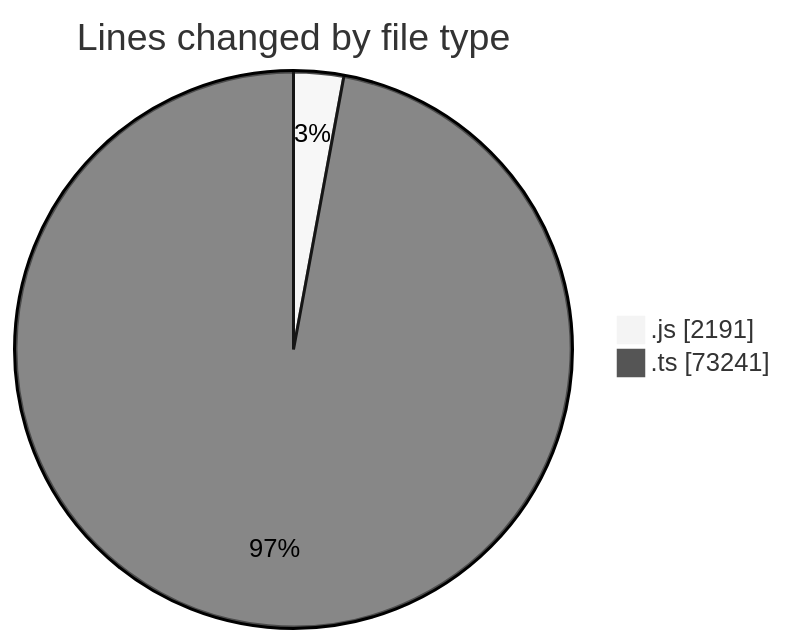
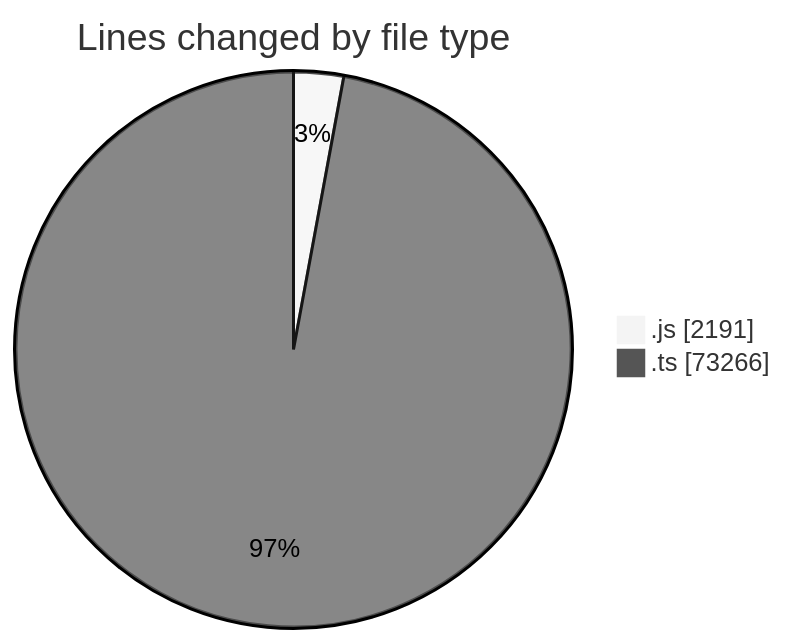
Before and after one commit to momahboobian/code-tracking: the first of 2 diagrams in 2025-06-19/cda/README.md, drawn with Mermaid (neutral theme). The commit also changed other lines of this file and 1 other file, not shown here.

````diff
--- a/2025-06-19/cda/README.md
+++ b/2025-06-19/cda/README.md
@@ -40,6 +40,6 @@
 ```mermaid
 pie showData
 title Lines changed by file type
 ".js" : 2191
-".ts" : 73241
+".ts" : 73266
 ```
````
